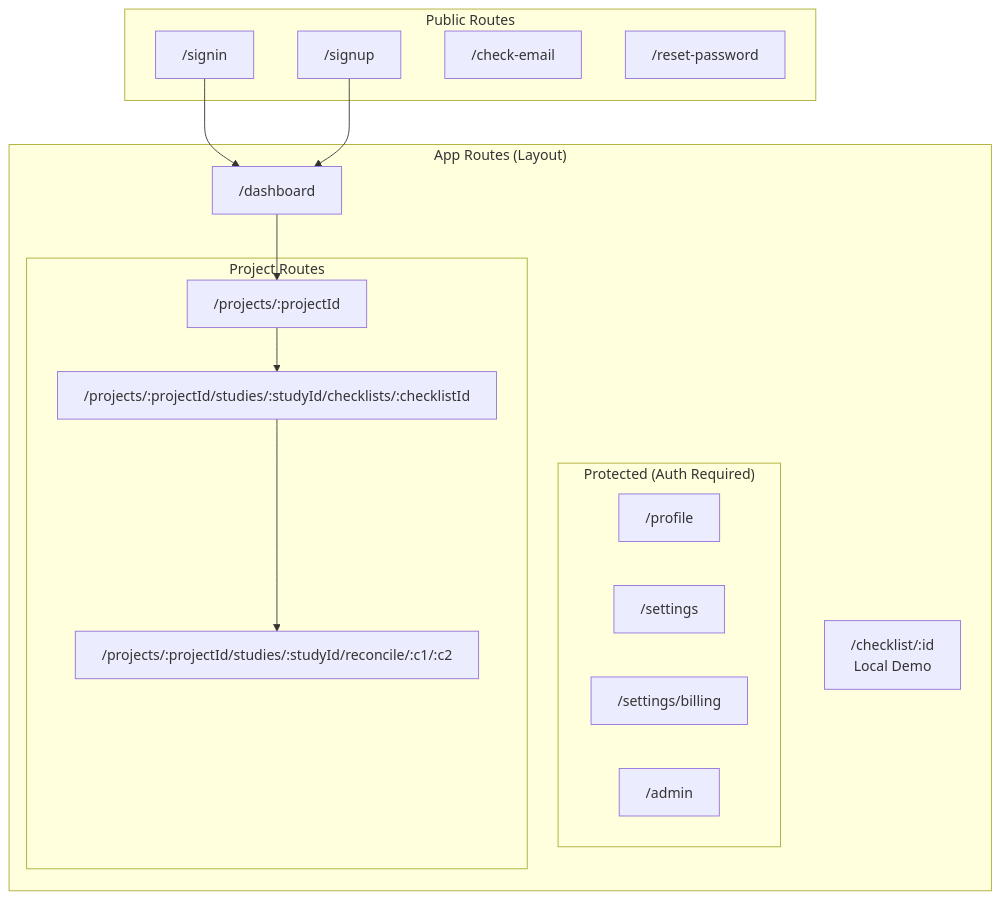
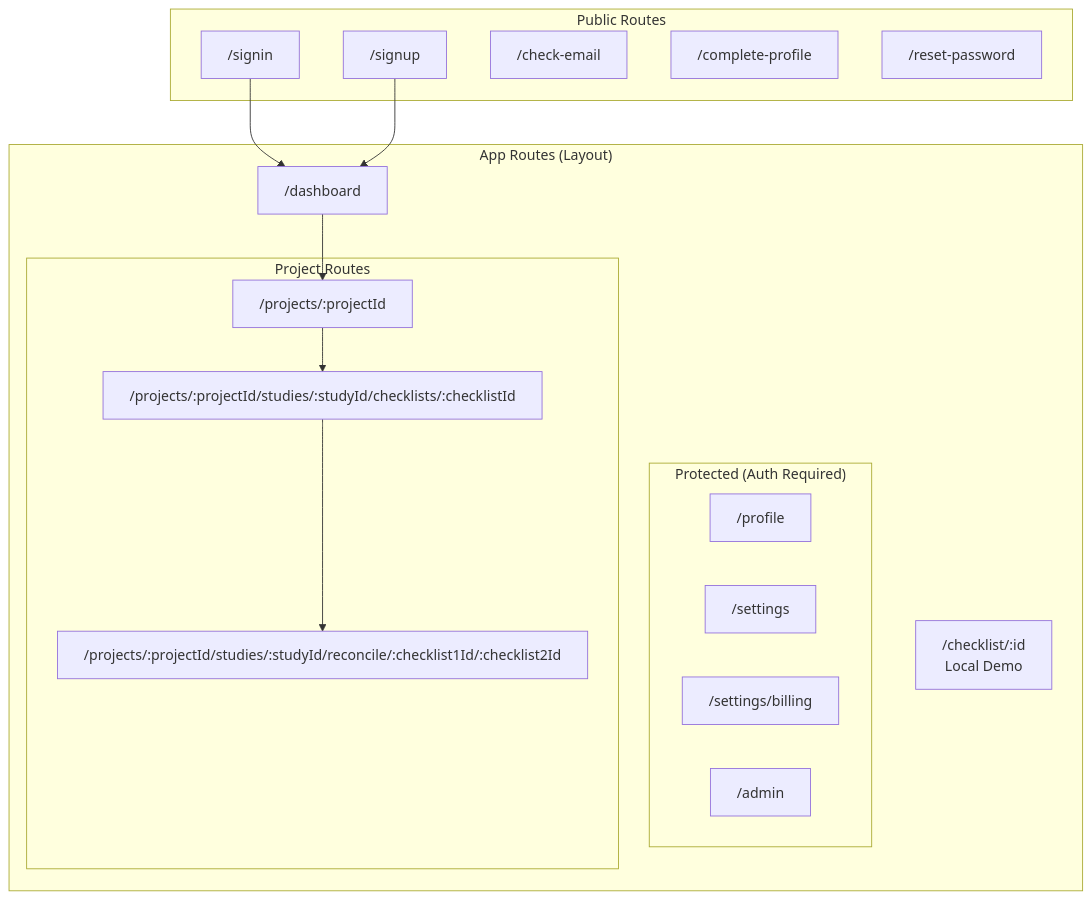
Before and after one commit to InfinityBowman/corates: the diagram in docs/architecture/diagrams/05-frontend-routes.md, drawn with Mermaid. The commit also changed other lines of this file and 7 other files, not shown here.

````diff
--- a/docs/architecture/diagrams/05-frontend-routes.md
+++ b/docs/architecture/diagrams/05-frontend-routes.md
@@ -5,33 +5,34 @@
 ```mermaid
 flowchart TD
     subgraph Public["Public Routes"]
         signin["/signin"]
         signup["/signup"]
         checkemail["/check-email"]
+        completeprofile["/complete-profile"]
         resetpw["/reset-password"]
     end
 
     subgraph App["App Routes (Layout)"]
         dashboard["/dashboard"]
         localcheck["/checklist/:id<br/>Local Demo"]
 
         subgraph Protected["Protected (Auth Required)"]
             profile["/profile"]
             settings["/settings"]
             billing["/settings/billing"]
             admin["/admin"]
         end
 
         subgraph Project["Project Routes"]
             projectview["/projects/:projectId"]
             checklistview["/projects/:projectId/studies/:studyId/checklists/:checklistId"]
-            reconcile["/projects/:projectId/studies/:studyId/reconcile/:c1/:c2"]
+            reconcile["/projects/:projectId/studies/:studyId/reconcile/:checklist1Id/:checklist2Id"]
         end
     end
 
     signin --> dashboard
     signup --> dashboard
     dashboard --> projectview
     projectview --> checklistview
     checklistview --> reconcile
 ```
````
